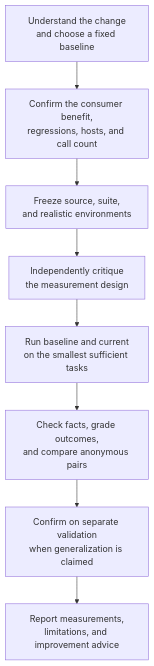
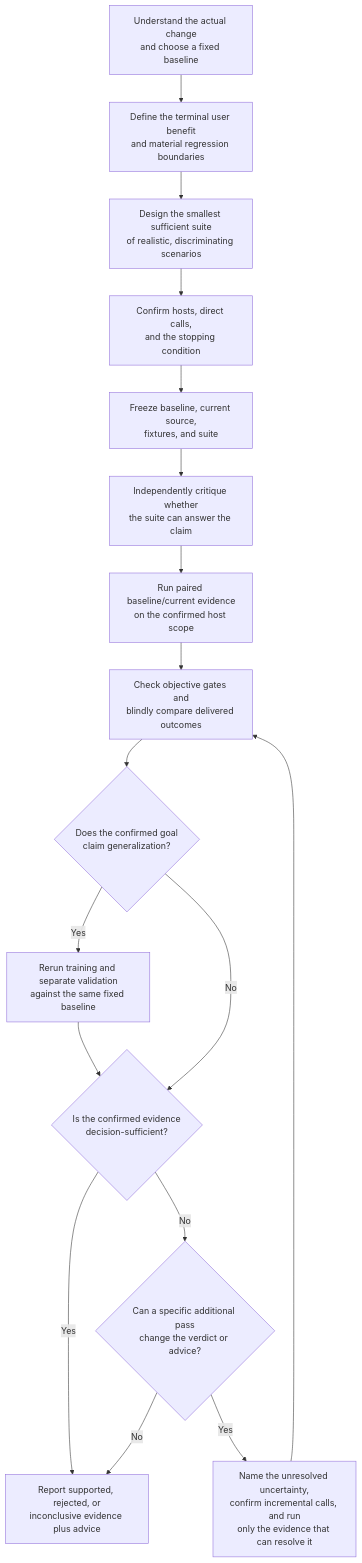
One commit to tmchow/skill-eval changed the diagram in README.md. Above: the diagram before and after it, drawn with Mermaid. The commit also changed other lines of this file, not shown here.

Commit message:
docs(readme): clarify the evaluation decision flow
Replace the linear workflow chart with a mobile-readable decision flow that shows sufficient scenario design, conditional generalization, decision-sufficient stopping, and bounded evidence expansion.

````diff
--- a/README.md
+++ b/README.md
@@ -172,13 +172,25 @@
 ```mermaid
 flowchart TD
-    A["Understand the change<br/>and choose a fixed baseline"]
-    B["Confirm the consumer benefit,<br/>regressions, hosts, and call count"]
-    C["Freeze source, suite,<br/>and realistic environments"]
-    D["Independently critique<br/>the measurement design"]
-    E["Run baseline and current<br/>on the smallest sufficient tasks"]
-    F["Check facts, grade outcomes,<br/>and compare anonymous pairs"]
-    G["Confirm on separate validation<br/>when generalization is claimed"]
-    H["Report measurements,<br/>limitations, and improvement advice"]
+    A["Understand the actual change<br/>and choose a fixed baseline"]
+    B["Define the terminal user benefit<br/>and material regression boundaries"]
+    C["Design the smallest sufficient suite<br/>of realistic, discriminating scenarios"]
+    D["Confirm hosts, direct calls,<br/>and the stopping condition"]
+    E["Freeze baseline, current source,<br/>fixtures, and suite"]
+    F["Independently critique whether<br/>the suite can answer the claim"]
+    G["Run paired baseline/current evidence<br/>on the confirmed host scope"]
+    H["Check objective gates and<br/>blindly compare delivered outcomes"]
+    I{"Does the confirmed goal<br/>claim generalization?"}
+    J["Rerun training and separate validation<br/>against the same fixed baseline"]
+    K{"Is the confirmed evidence<br/>decision-sufficient?"}
+    L["Report supported, rejected, or<br/>inconclusive evidence plus advice"]
+    M{"Can a specific additional pass<br/>change the verdict or advice?"}
+    N["Name the unresolved uncertainty,<br/>confirm incremental calls, and run<br/>only the evidence that can resolve it"]
 
-    A --> B --> C --> D --> E --> F --> G --> H
+    A --> B --> C --> D --> E --> F --> G --> H --> I
+    I -->|Yes| J --> K
+    I -->|No| K
+    K -->|Yes| L
+    K -->|No| M
+    M -->|No| L
+    M -->|Yes| N --> H
 ```
````
